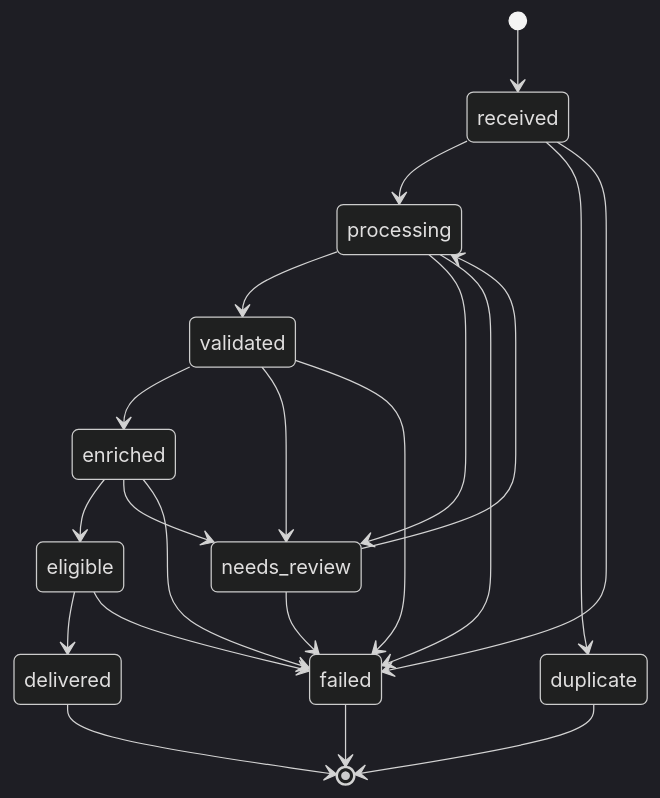
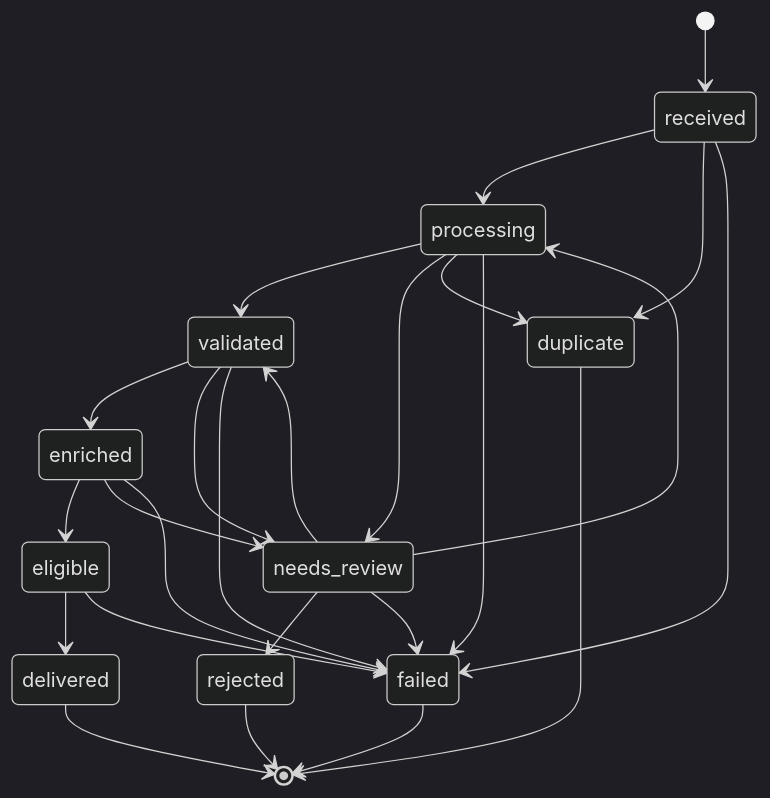
One commit to AdityaBhusal/NewNews changed the diagram in docs/architecture.md. Above: the diagram before and after it, drawn with Mermaid (dark theme). The commit also changed other lines of this file and 5 other files, not shown here.

First line of the commit message:
docs: sync README/requirements/architecture/data-model/roadmap/AGENTS with M2 W4+W5 reality

````diff
--- a/docs/architecture.md
+++ b/docs/architecture.md
@@ -127,23 +131,27 @@
 ```mermaid
 stateDiagram-v2
     [*] --> received
     received --> processing
     received --> duplicate
     received --> failed
     processing --> validated
     processing --> needs_review
+    processing --> duplicate
     processing --> failed
     validated --> enriched
     validated --> needs_review
     validated --> failed
     enriched --> eligible
     enriched --> needs_review
     enriched --> failed
     eligible --> delivered
     eligible --> failed
+    needs_review --> validated
+    needs_review --> rejected
     needs_review --> processing
     needs_review --> failed
     delivered --> [*]
     duplicate --> [*]
+    rejected --> [*]
     failed --> [*]
 ```
````
